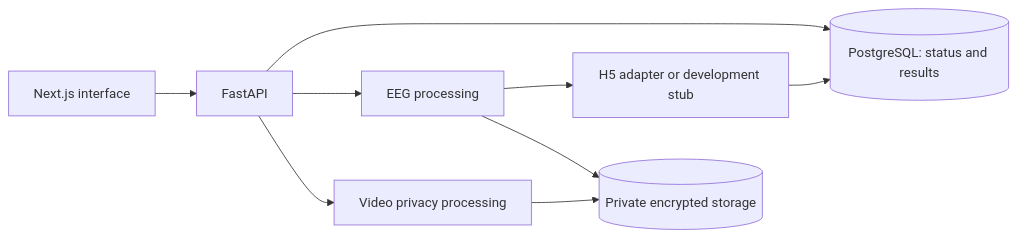
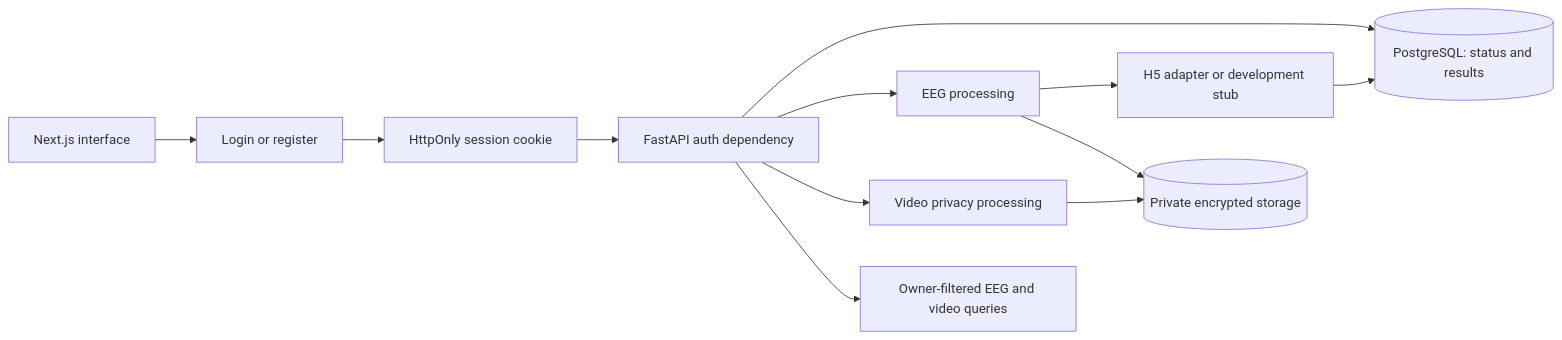
One commit to 4ffaad/FYP-MDS01 changed the diagram in README.md. Above: the diagram before and after it, drawn with Mermaid. The commit also changed other lines of this file and 41 other files, not shown here.

````diff
--- a/README.md
+++ b/README.md
@@ -34,11 +38,14 @@
 ```mermaid
 flowchart LR
-    Browser[Next.js interface] --> API[FastAPI]
+    Browser[Next.js interface] --> Auth[Login or register]
+    Auth --> Cookie[HttpOnly session cookie]
+    Cookie --> API[FastAPI auth dependency]
     API --> DB[(PostgreSQL: status and results)]
     API --> EEG[EEG processing]
     API --> Video[Video privacy processing]
     EEG --> Model[H5 adapter or development stub]
     Model --> DB
     EEG --> Files[(Private encrypted storage)]
     Video --> Files
+    API --> Owner[Owner-filtered EEG and video queries]
 ```
````
